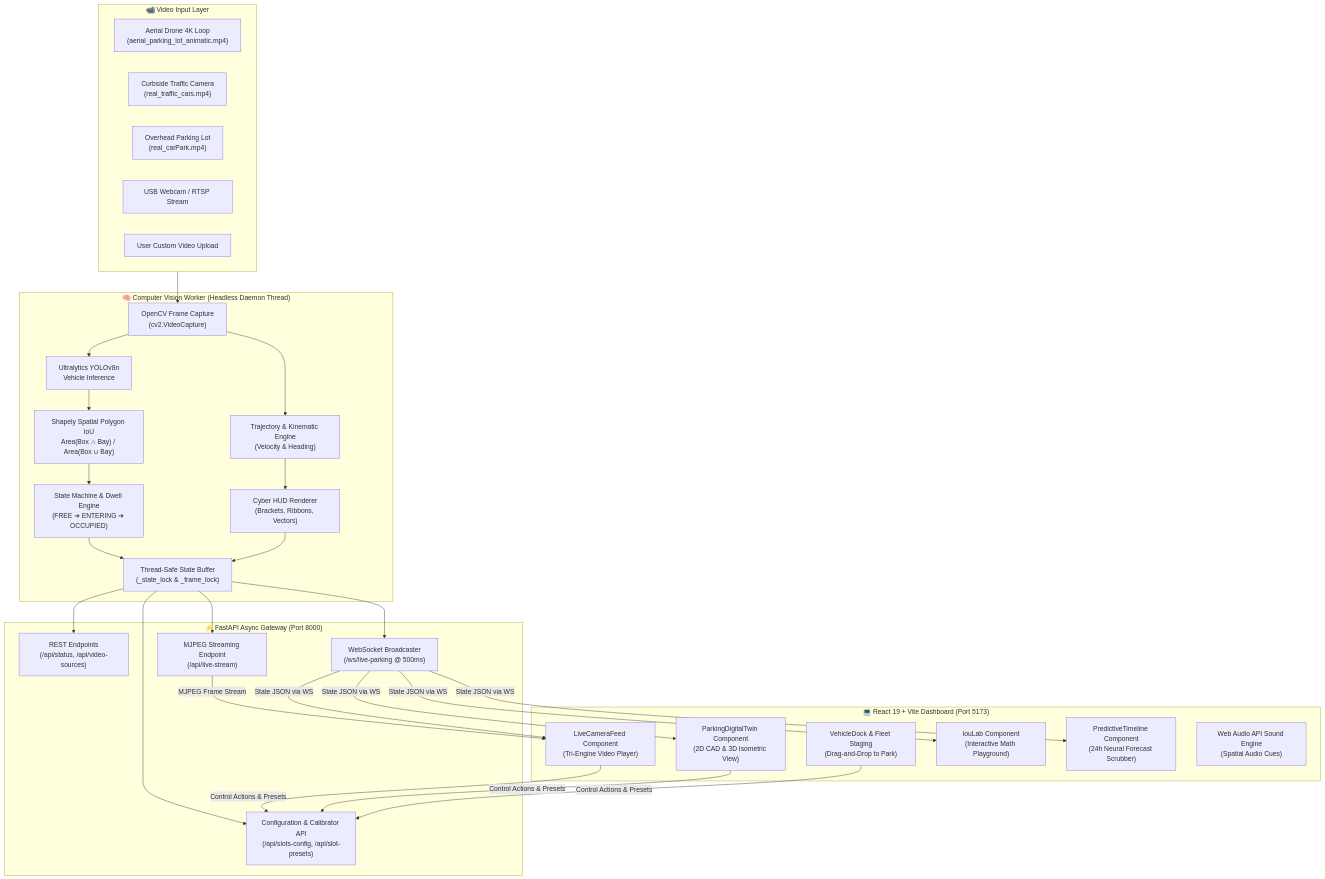
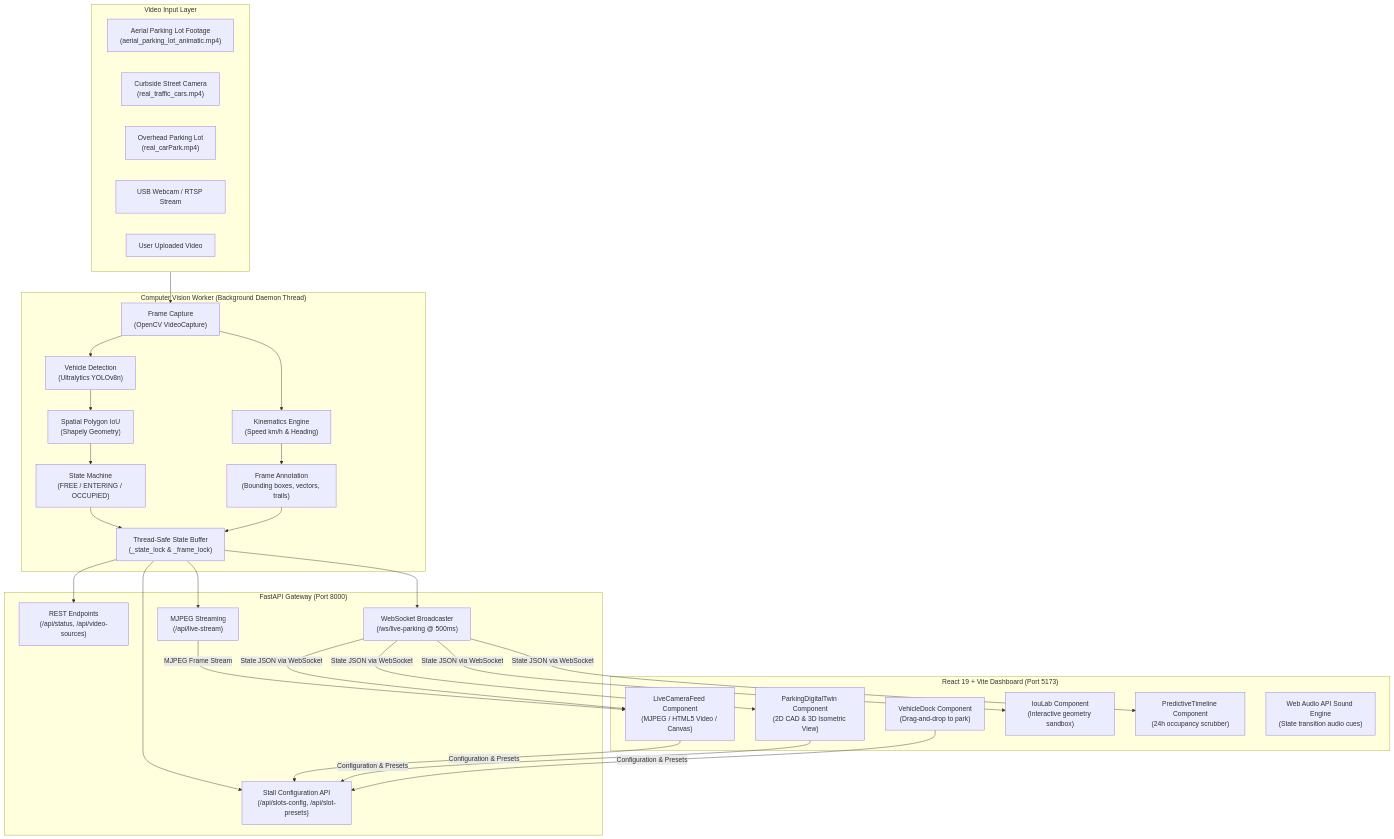
The first of 2 diagrams in README.md (rujopujo/spark), drawn with Mermaid before and after one commit. The commit also changed other lines of this file, not shown here.

````diff
--- a/README.md
+++ b/README.md
@@ -82,51 +81,51 @@
 ```mermaid
 flowchart TB
-    subgraph VideoSources["📹 Video Input Layer"]
-        V1["Aerial Drone 4K Loop\n(aerial_parking_lot_animatic.mp4)"]
-        V2["Curbside Traffic Camera\n(real_traffic_cars.mp4)"]
+    subgraph VideoSources["Video Input Layer"]
+        V1["Aerial Parking Lot Footage\n(aerial_parking_lot_animatic.mp4)"]
+        V2["Curbside Street Camera\n(real_traffic_cars.mp4)"]
         V3["Overhead Parking Lot\n(real_carPark.mp4)"]
         V4["USB Webcam / RTSP Stream"]
-        V5["User Custom Video Upload"]
+        V5["User Uploaded Video"]
     end
 
-    subgraph CVWorker["🧠 Computer Vision Worker (Headless Daemon Thread)"]
-        CV1["OpenCV Frame Capture\n(cv2.VideoCapture)"]
-        CV2["Ultralytics YOLOv8n\nVehicle Inference"]
-        CV3["Trajectory & Kinematic Engine\n(Velocity & Heading)"]
-        CV4["Shapely Spatial Polygon IoU\nArea(Box ∩ Bay) / Area(Box ∪ Bay)"]
-        CV5["State Machine & Dwell Engine\n(FREE ➔ ENTERING ➔ OCCUPIED)"]
-        CV6["Cyber HUD Renderer\n(Brackets, Ribbons, Vectors)"]
+    subgraph CVWorker["Computer Vision Worker (Background Daemon Thread)"]
+        CV1["Frame Capture\n(OpenCV VideoCapture)"]
+        CV2["Vehicle Detection\n(Ultralytics YOLOv8n)"]
+        CV3["Kinematics Engine\n(Speed km/h & Heading)"]
+        CV4["Spatial Polygon IoU\n(Shapely Geometry)"]
+        CV5["State Machine\n(FREE / ENTERING / OCCUPIED)"]
+        CV6["Frame Annotation\n(Bounding boxes, vectors, trails)"]
         CV7["Thread-Safe State Buffer\n(_state_lock & _frame_lock)"]
 
         CV1 --> CV2 --> CV4
         CV1 --> CV3 --> CV6
         CV4 --> CV5 --> CV7
         CV6 --> CV7
     end
 
-    subgraph BackendGateway["⚡ FastAPI Async Gateway (Port 8000)"]
+    subgraph BackendGateway["FastAPI Gateway (Port 8000)"]
         API1["REST Endpoints\n(/api/status, /api/video-sources)"]
-        API2["MJPEG Streaming Endpoint\n(/api/live-stream)"]
+        API2["MJPEG Streaming\n(/api/live-stream)"]
         API3["WebSocket Broadcaster\n(/ws/live-parking @ 500ms)"]
-        API4["Configuration & Calibrator API\n(/api/slots-config, /api/slot-presets)"]
+        API4["Stall Configuration API\n(/api/slots-config, /api/slot-presets)"]
     end
 
-    subgraph FrontendApp["💻 React 19 + Vite Dashboard (Port 5173)"]
-        UI1["LiveCameraFeed Component\n(Tri-Engine Video Player)"]
+    subgraph FrontendApp["React 19 + Vite Dashboard (Port 5173)"]
+        UI1["LiveCameraFeed Component\n(MJPEG / HTML5 Video / Canvas)"]
         UI2["ParkingDigitalTwin Component\n(2D CAD & 3D Isometric View)"]
-        UI3["VehicleDock & Fleet Staging\n(Drag-and-Drop to Park)"]
-        UI4["IouLab Component\n(Interactive Math Playground)"]
-        UI5["PredictiveTimeline Component\n(24h Neural Forecast Scrubber)"]
-        UI6["Web Audio API Sound Engine\n(Spatial Audio Cues)"]
+        UI3["VehicleDock Component\n(Drag-and-drop to park)"]
+        UI4["IouLab Component\n(Interactive geometry sandbox)"]
+        UI5["PredictiveTimeline Component\n(24h occupancy scrubber)"]
+        UI6["Web Audio API Sound Engine\n(State transition audio cues)"]
     end
 
     VideoSources --> CV1
     CV7 --> API1
     CV7 --> API2
     CV7 --> API3
     CV7 --> API4
 
     API2 -->|MJPEG Frame Stream| UI1
-    API3 -->|State JSON via WS| UI1 & UI2 & UI4 & UI5
-    UI1 & UI2 & UI3 -->|Control Actions & Presets| API4
+    API3 -->|State JSON via WebSocket| UI1 & UI2 & UI4 & UI5
+    UI1 & UI2 & UI3 -->|Configuration & Presets| API4
 ```
````
